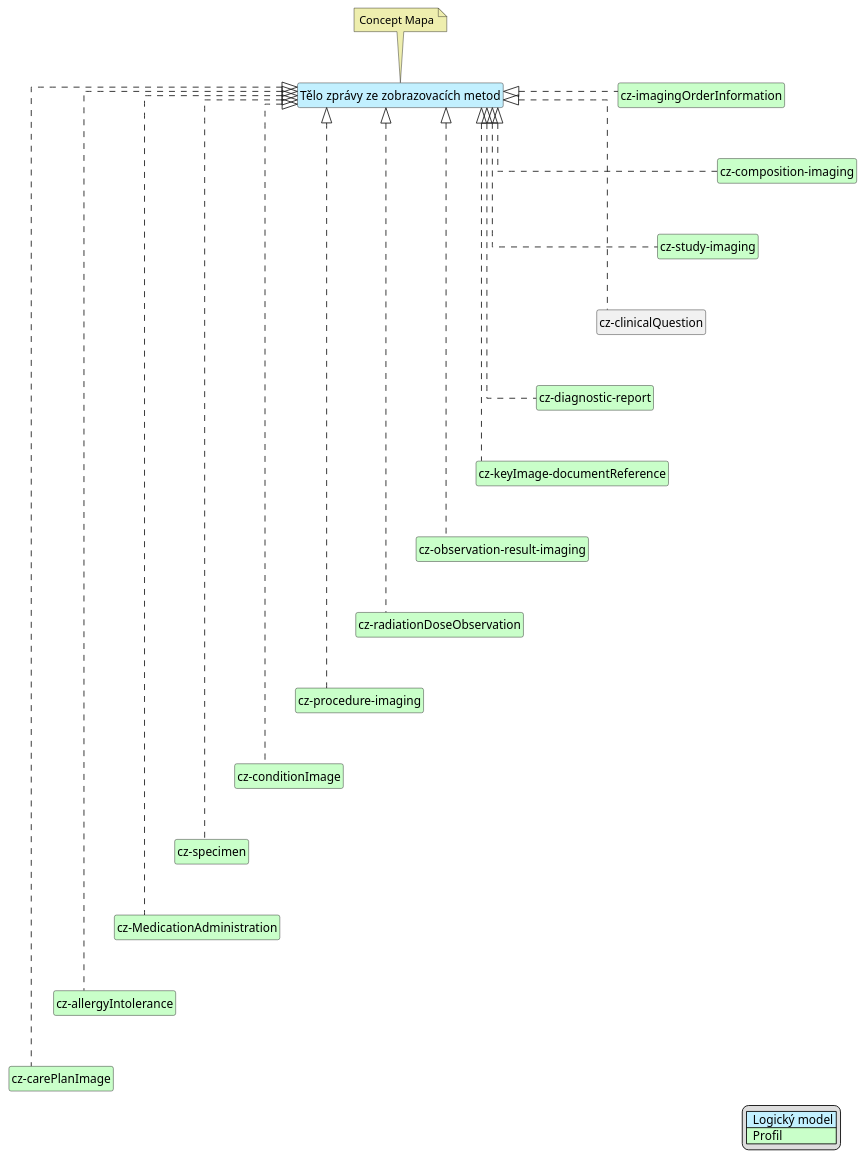
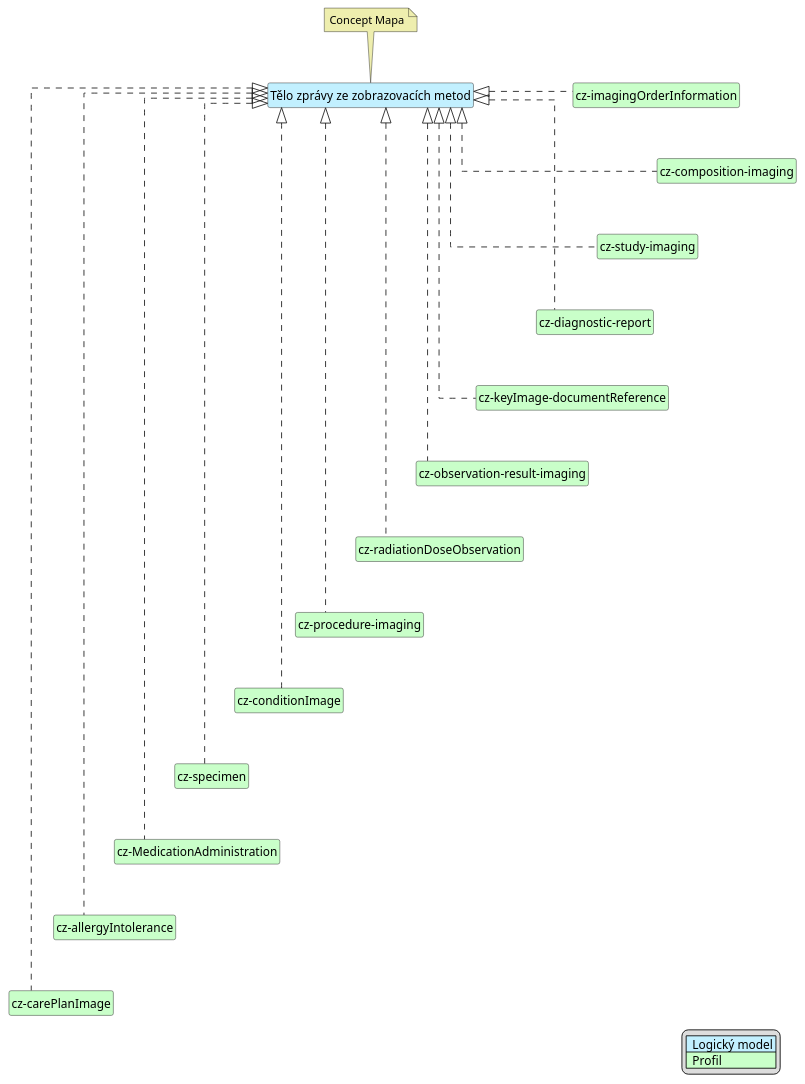
Before and after one commit to HL7-cz/img: the diagram in input/images-source/imgReportBody-map-cs.plantuml, drawn with PlantUML. The commit also changed 5 other files, not shown here.

Commit message:
Fix mapping and graphs

```diff
--- a/input/images-source/imgReportBody-map-cs.plantuml
+++ b/input/images-source/imgReportBody-map-cs.plantuml
@@ -1,63 +1,61 @@
 @startuml
 hide circle
 hide stereotype
 hide members
 hide methods
 skinparam linetype ortho
 skinparam class {
 BackgroundColor<<LogicalModel>> #APPLICATION
 BackgroundColor<<Profile>> #TECHNOLOGY
 }
 legend right
 | <#APPLICATION>  Logický model |
 | <#TECHNOLOGY>  Profil |
 endlegend
 class "Tělo zprávy ze zobrazovacích metod" <<LogicalModel>> [[StructureDefinition-BodyImagingReportCz.html]]
 note top #EEEEAE [[ConceptMap-BodyImagingReport2FHIR-cz.html]]
 Concept Mapa
 endnote
 
 class "cz-composition-imaging" <<Profile>> [[StructureDefinition-cz-composition-imaging.html]]
 class "cz-imagingOrderInformation" <<Profile>> [[StructureDefinition-cz-imagingOrderInformation.html]]
 class "cz-conditionImage" <<Profile>> [[StructureDefinition-cz-conditionImage.html]]
 class "cz-study-imaging" <<Profile>> [[StructureDefinition-cz-study-imaging.html]]
 class "cz-procedure-imaging" <<Profile>> [[StructureDefinition-cz-procedure-imaging.html]]
 class "cz-diagnostic-report" <<Profile>> [[StructureDefinition-cz-diagnostic-report.html]]
 class "cz-keyImage-documentReference" <<Profile>> [[StructureDefinition-cz-keyImage-documentReference.html]]
 class "cz-observation-result-imaging" <<Profile>> [[StructureDefinition-cz-observation-result-imaging.html]]
 class "cz-radiationDoseObservation" <<Profile>> [[StructureDefinition-cz-radiationDoseObservation.html]]
 class "cz-specimen" <<Profile>> [[https://build.fhir.org/ig/HL7-cz/cz-core/StructureDefinition-cz-specimen.html]]
 class "cz-MedicationAdministration" <<Profile>> [[StructureDefinition-cz-MedicationAdministration.html]]
 class "cz-allergyIntolerance" <<Profile>> [[https://build.fhir.org/ig/HL7-cz/cz-core/StructureDefinition-cz-allergyIntolerance.html]]
 class "cz-carePlanImage" <<Profile>> [[StructureDefinition-cz-carePlanImage.html]]
 
 "Tělo zprávy ze zobrazovacích metod" <|. "cz-imagingOrderInformation"
 "Tělo zprávy ze zobrazovacích metod" <|. "cz-composition-imaging"
 "Tělo zprávy ze zobrazovacích metod" <|. "cz-study-imaging"
-"Tělo zprávy ze zobrazovacích metod" <|. "cz-clinicalQuestion"
 "Tělo zprávy ze zobrazovacích metod" <|. "cz-procedure-imaging"
 "Tělo zprávy ze zobrazovacích metod" <|. "cz-diagnostic-report"
 "Tělo zprávy ze zobrazovacích metod" <|. "cz-keyImage-documentReference"
 "Tělo zprávy ze zobrazovacích metod" <|. "cz-observation-result-imaging"
 "Tělo zprávy ze zobrazovacích metod" <|. "cz-radiationDoseObservation"
 "Tělo zprávy ze zobrazovacích metod" <|. "cz-conditionImage"
 "Tělo zprávy ze zobrazovacích metod" <|. "cz-specimen"
 "Tělo zprávy ze zobrazovacích metod" <|. "cz-MedicationAdministration"
 "Tělo zprávy ze zobrazovacích metod" <|. "cz-allergyIntolerance"
 "Tělo zprávy ze zobrazovacích metod" <|. "cz-carePlanImage"
 
 "cz-imagingOrderInformation" -d[hidden]-> "cz-composition-imaging"
 "cz-composition-imaging" -d[hidden]-> "cz-study-imaging"
-"cz-study-imaging" -d[hidden]-> "cz-clinicalQuestion"
-"cz-clinicalQuestion" -d[hidden]-> "cz-diagnostic-report"
+"cz-study-imaging" -d[hidden]-> "cz-diagnostic-report"
 "cz-diagnostic-report" -d[hidden]-> "cz-keyImage-documentReference"
 "cz-keyImage-documentReference" -d[hidden]-> "cz-observation-result-imaging"
 "cz-observation-result-imaging" -d[hidden]-> "cz-radiationDoseObservation"
 "cz-radiationDoseObservation" -d[hidden]-> "cz-procedure-imaging"
 "cz-procedure-imaging" -d[hidden]-> "cz-conditionImage"
 "cz-conditionImage" -d[hidden]-> "cz-specimen"
 "cz-specimen" -d[hidden]-> "cz-MedicationAdministration"
 "cz-MedicationAdministration" -d[hidden]-> "cz-allergyIntolerance"
 "cz-allergyIntolerance" -d[hidden]-> "cz-carePlanImage"
 
 @enduml
```
